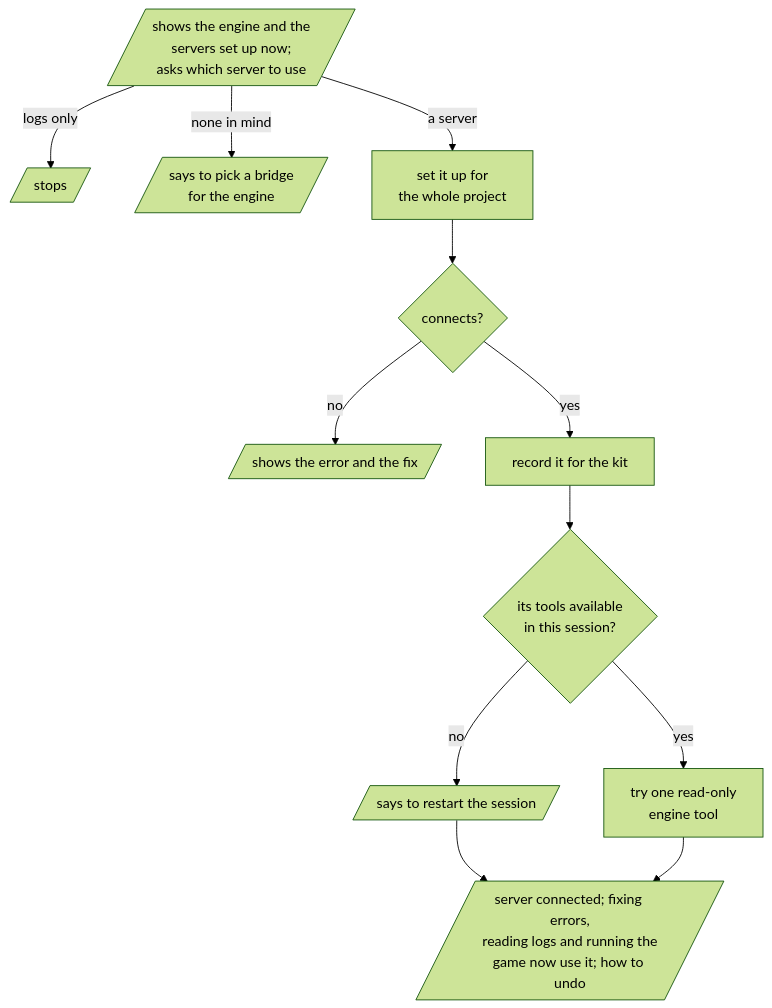
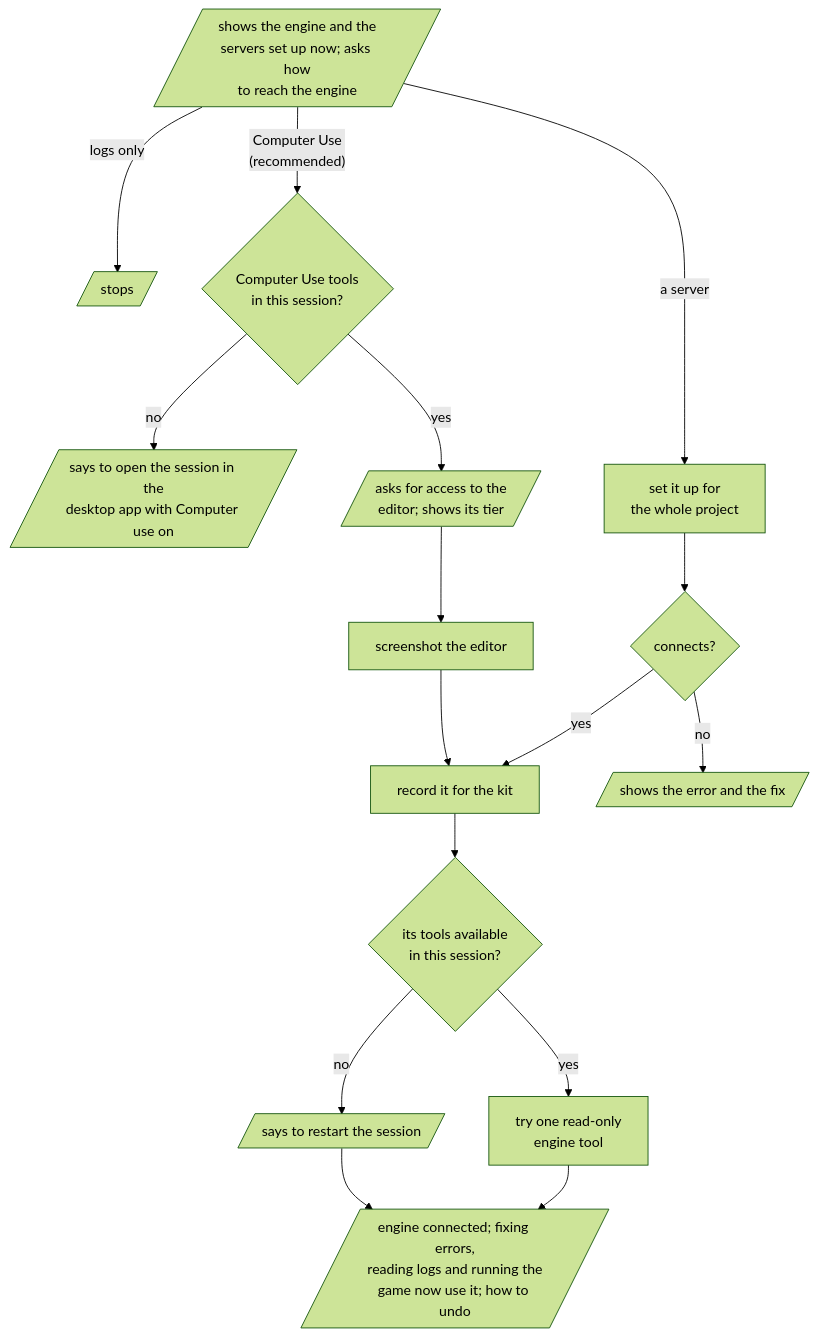
One commit to omni-stove/skill-kit changed the diagram in domains/game/skills/setup-mcp/README.md. Above: the diagram before and after it, drawn with Mermaid (forest theme). The commit also changed 23 other files, not shown here.

````diff
--- a/domains/game/skills/setup-mcp/README.md
+++ b/domains/game/skills/setup-mcp/README.md
@@ -3,15 +3,19 @@
 ```mermaid
 flowchart TD
-  ask[/"shows the engine and the<br/>servers set up now;<br/>asks which server to use"/]
+  ask[/"shows the engine and the<br/>servers set up now; asks how<br/>to reach the engine"/]
   ask -- "logs only" --> stop[/stops/]
-  ask -- "none in mind" --> pick[/says to pick a bridge<br/>for the engine/]
+  ask -- "Computer Use<br/>(recommended)" --> cu{Computer Use tools<br/>in this session?}
+  cu -- "no" --> desktop[/says to open the session in the<br/>desktop app with Computer use on/]
+  cu -- "yes" --> access[/asks for access to the<br/>editor; shows its tier/]
+  access --> shot[screenshot the editor]
+  shot --> record
   ask -- "a server" --> add[set it up for<br/>the whole project]
   add --> conn{connects?}
   conn -- "no" --> err[/shows the error and the fix/]
   conn -- "yes" --> record[record it for the kit]
   record --> tools{its tools available<br/>in this session?}
   tools -- "no" --> restart[/says to restart the session/]
   tools -- "yes" --> try[try one read-only<br/>engine tool]
   restart --> done
-  try --> done[/"server connected; fixing errors,<br/>reading logs and running the<br/>game now use it; how to undo"/]
+  try --> done[/"engine connected; fixing errors,<br/>reading logs and running the<br/>game now use it; how to undo"/]
 ```
````
